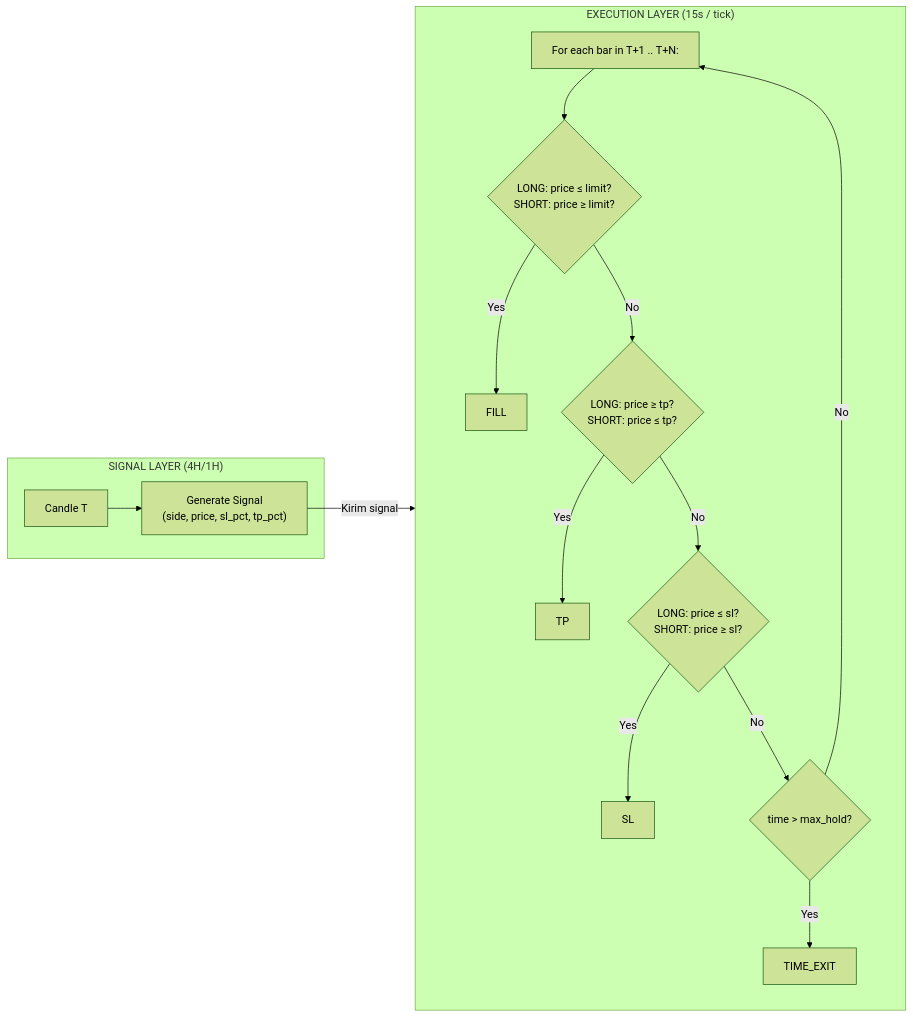
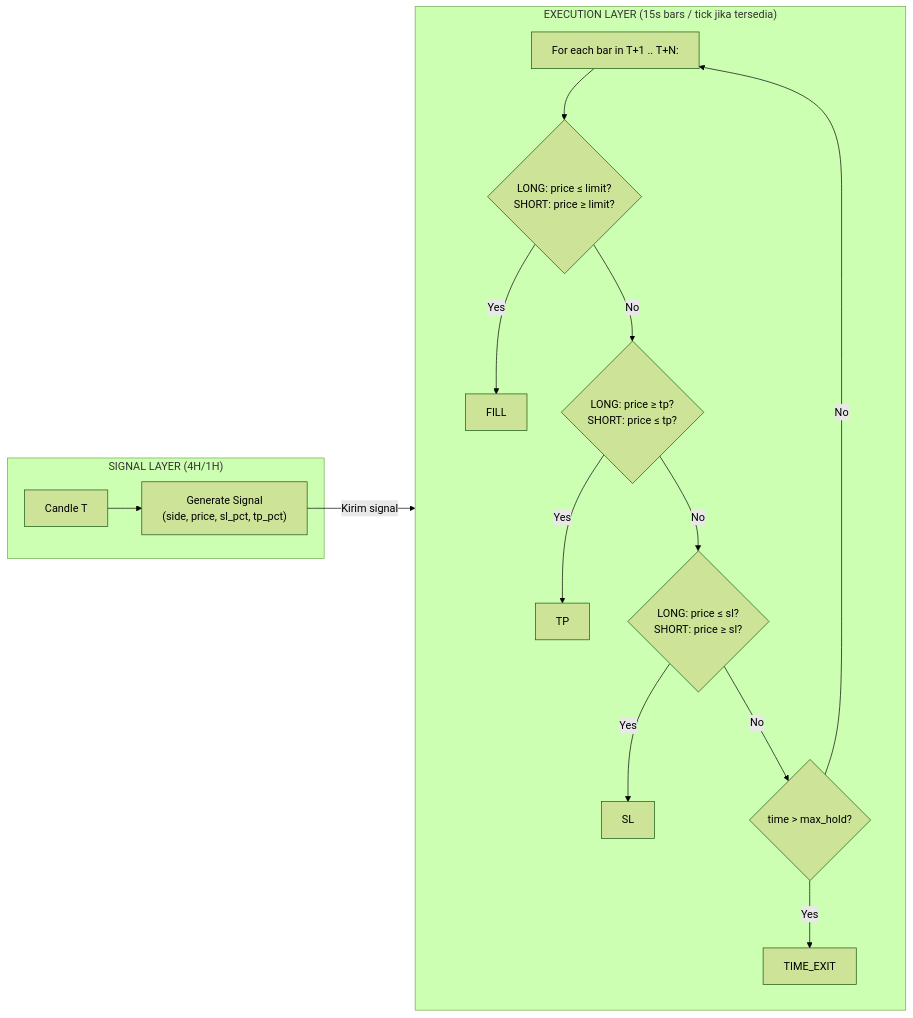
Before and after one commit to Saefulismail01/btc-quant-exec: the first of 2 diagrams in backtest/results/pullback_v44_compare/VALIDITY_ANALYSIS.md, drawn with Mermaid (forest theme). The commit also changed other lines of this file and 1 other file, not shown here.

````diff
--- a/backtest/results/pullback_v44_compare/VALIDITY_ANALYSIS.md
+++ b/backtest/results/pullback_v44_compare/VALIDITY_ANALYSIS.md
@@ -269,24 +269,24 @@
 ```mermaid
 flowchart LR
     subgraph SIGNAL["SIGNAL LAYER (4H/1H)"]
         A["Candle T"]
         B["Generate Signal<br/>(side, price, sl_pct, tp_pct)"]
         A --> B
     end
 
-    subgraph EXECUTION["EXECUTION LAYER (15s / tick)"]
+    subgraph EXECUTION["EXECUTION LAYER (15s bars / tick jika tersedia)"]
         direction TB
         C["For each bar in T+1 .. T+N:"]
         C --> D{"LONG: price ≤ limit?<br/>SHORT: price ≥ limit?"}
         D -->|Yes| E["FILL"]
         D -->|No| F{"LONG: price ≥ tp?<br/>SHORT: price ≤ tp?"}
         F -->|Yes| G["TP"]
         F -->|No| H{"LONG: price ≤ sl?<br/>SHORT: price ≥ sl?"}
         H -->|Yes| I["SL"]
         H -->|No| J{"time > max_hold?"}
         J -->|Yes| K["TIME_EXIT"]
         J -->|No| C
     end
 
     B -->|"Kirim signal"| C
 ```
````
